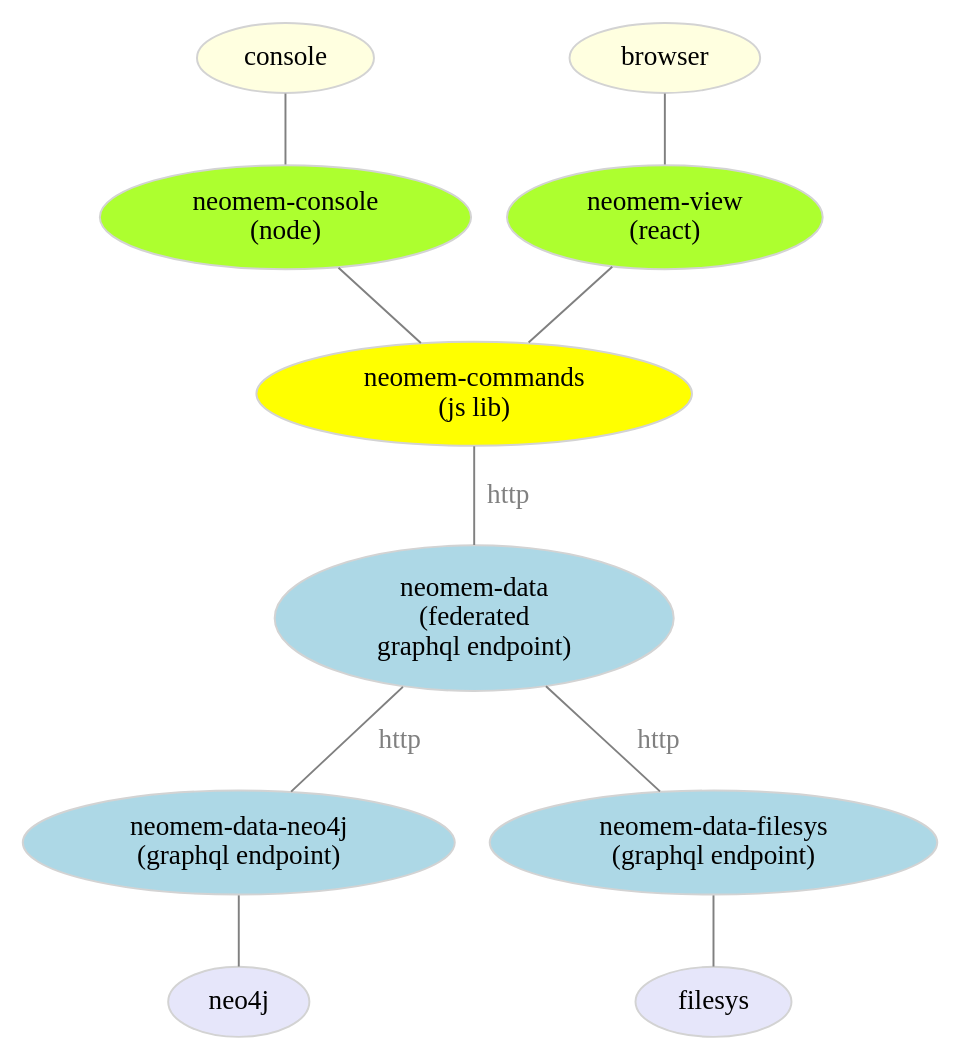
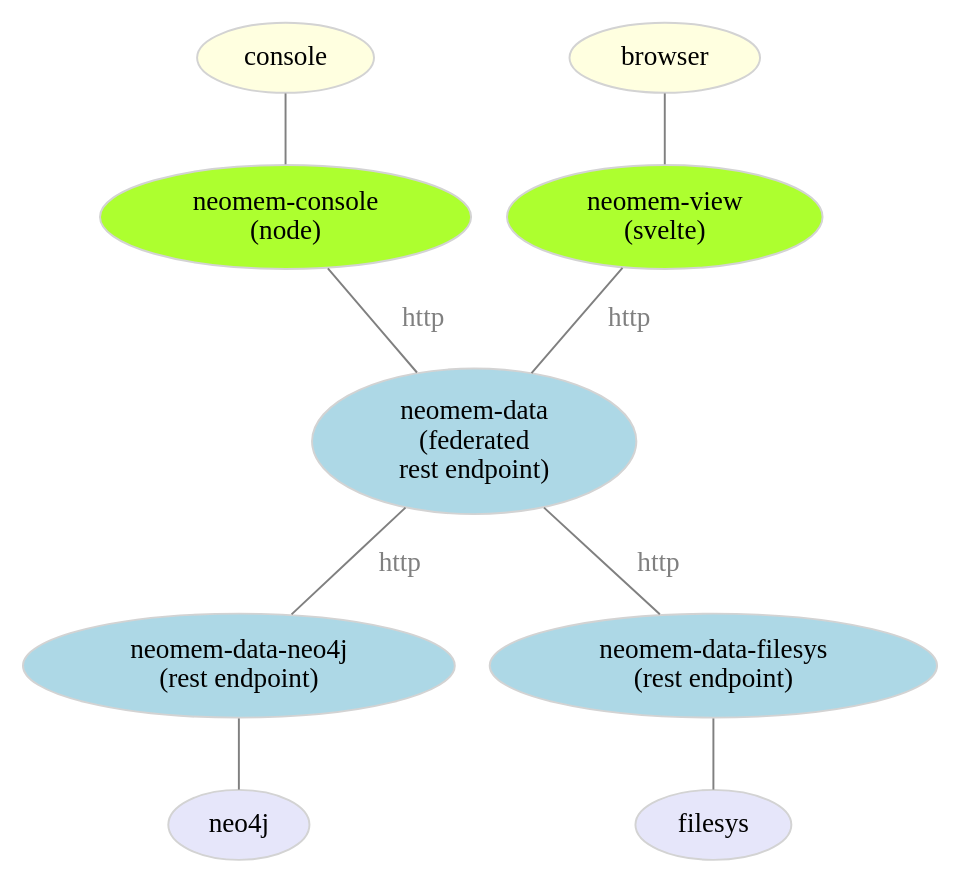
Before and after one commit to bburns/neomem: the diagram in docs/architecture2021-01-08.dot, drawn with Graphviz. The commit also changed 2 other files, not shown here.

Commit message:
graphviz

```diff
--- a/docs/architecture2021-01-08.dot
+++ b/docs/architecture2021-01-08.dot
@@ -1,34 +1,36 @@
 // this version has a neomem-commands intermediary, 
 // which might not happen. 
 
 graph "neomem" {
 
 
   // styles
   // rankdir=LR; // left-to-right
   node [ color=lightgray; fillcolor=lightblue; style=filled ]; // default
   edge [ color=gray, fontcolor=gray ]; // default
 
   // nodes
   console [ fillcolor=lightyellow ];
   browser [ fillcolor=lightyellow ];
-  neomemView [ label="neomem-view\n(react)"; fillcolor=greenyellow ];
+  neomemView [ label="neomem-view\n(svelte)"; fillcolor=greenyellow ];
   neomemConsole [label="neomem-console\n(node)"; fillcolor=greenyellow ];
-  neomemCommands [label="neomem-commands\n(js lib)"; fillcolor=yellow ];
-  neomemData [label="neomem-data\n(federated\ngraphql endpoint)"];
-  neomemDataNeo4j [label="neomem-data-neo4j\n(graphql endpoint)"];
-  neomemDataFilesys [label="neomem-data-filesys\n(graphql endpoint)"];
+  // neomemCommands [label="neomem-commands\n(js lib)"; fillcolor=yellow ];
+  neomemData [label="neomem-data\n(federated\nrest endpoint)"];
+  neomemDataNeo4j [label="neomem-data-neo4j\n(rest endpoint)"];
+  neomemDataFilesys [label="neomem-data-filesys\n(rest endpoint)"];
   neo4j [ fillcolor=lavender ];
   filesys [ fillcolor=lavender ];
 
   // edges
   browser -- neomemView;
   console -- neomemConsole;
-  neomemView -- neomemCommands;
-  neomemConsole -- neomemCommands;
-  neomemCommands -- neomemData [ label=" http" ];
+  // neomemView -- neomemCommands;
+  // neomemConsole -- neomemCommands;
+  // neomemCommands -- neomemData [ label=" http" ];
+  neomemConsole -- neomemData [ label="  http" ];
+  neomemView -- neomemData [ label="  http" ];
   neomemData -- neomemDataNeo4j [ label="  http" ];
   neomemData -- neomemDataFilesys [  label="  http" ];
   neomemDataNeo4j -- neo4j;
   neomemDataFilesys -- filesys;
 }
```
